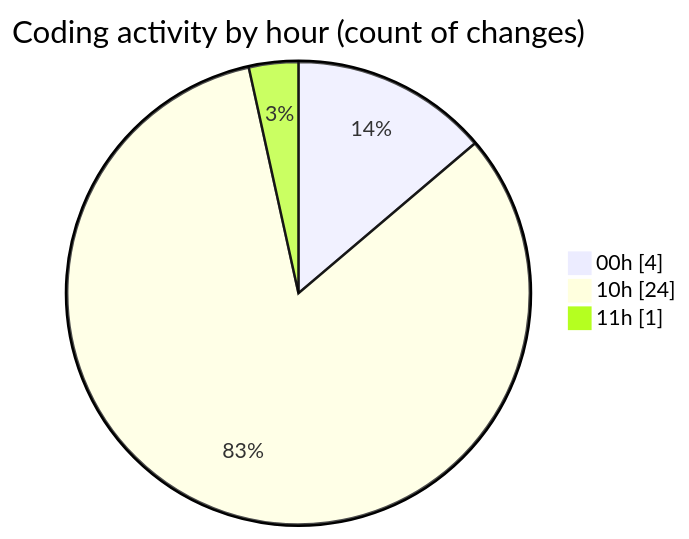
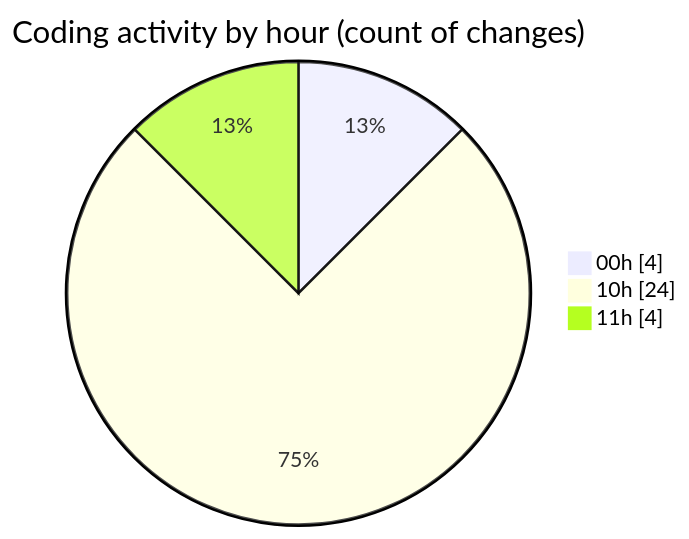
Before and after one commit to Netris89/code-tracking: the second of 2 diagrams in 2025-04-04/back-end/README.md, drawn with Mermaid. The commit also changed other lines of this file and 1 other file, not shown here.

````diff
--- a/2025-04-04/back-end/README.md
+++ b/2025-04-04/back-end/README.md
@@ -32,7 +32,7 @@
 ```mermaid
 pie showData
 title Coding activity by hour (count of changes)
 "00h" : 4
 "10h" : 24
-"11h" : 1
+"11h" : 4
 ```
````
